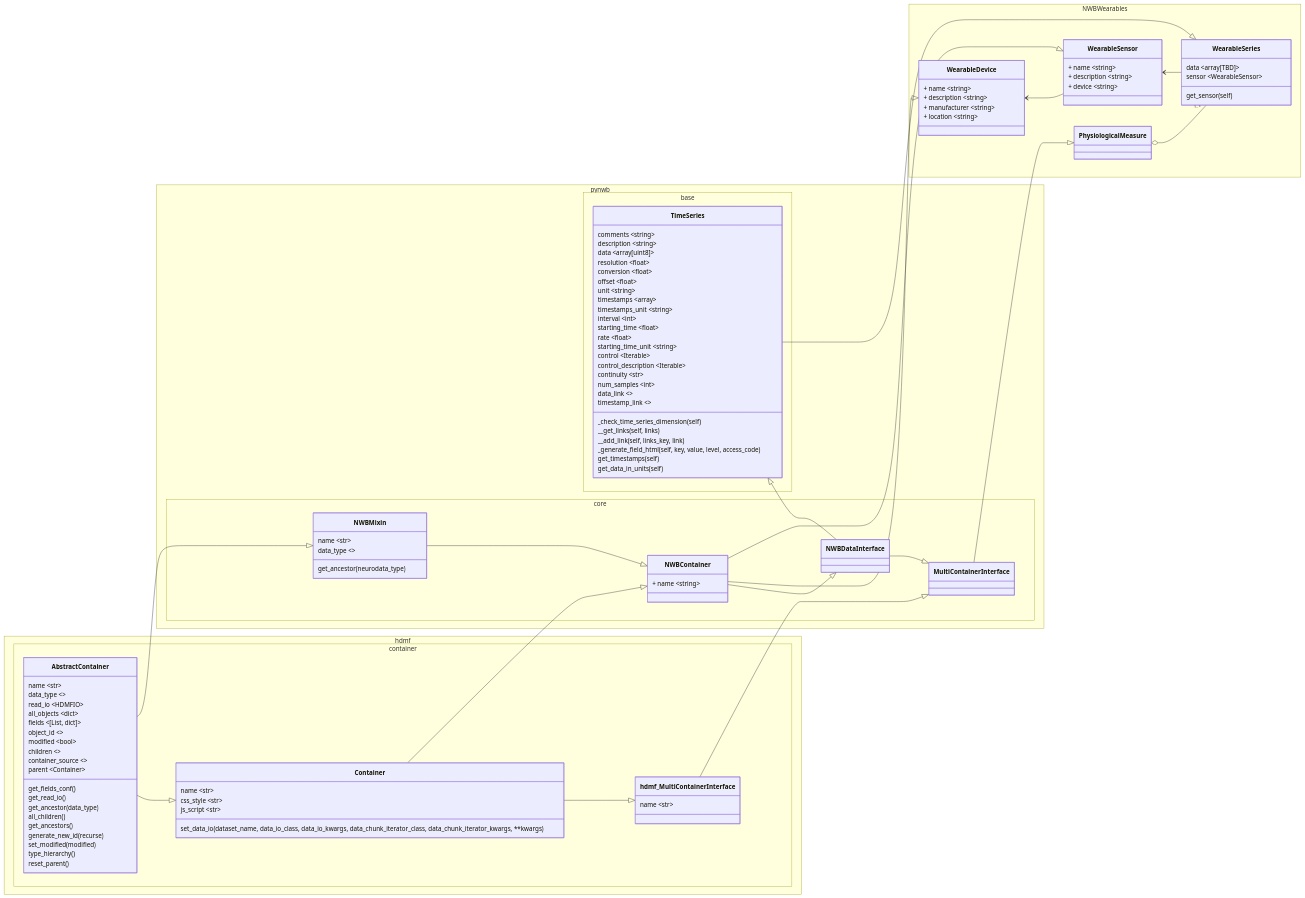
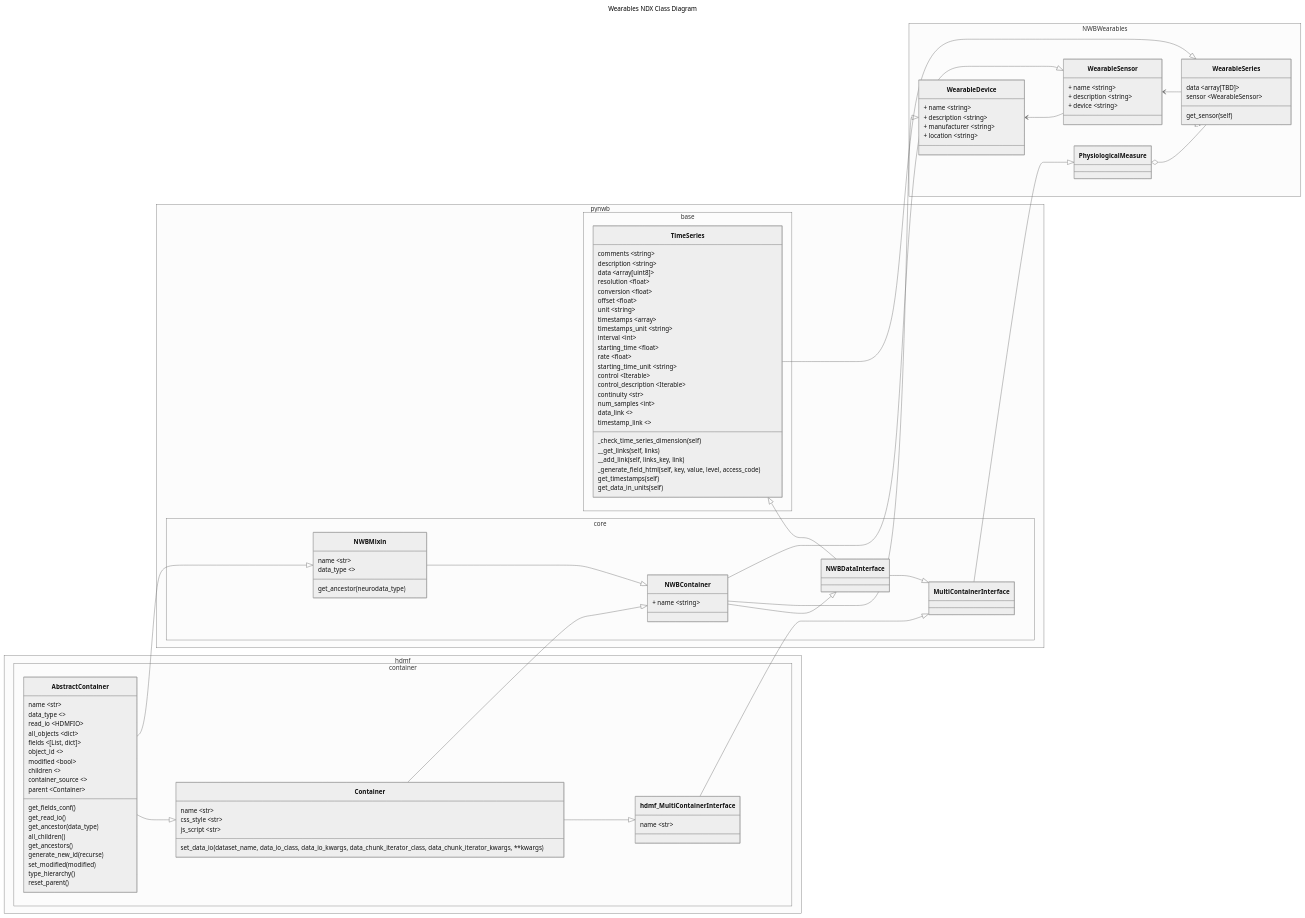
One commit to aplbrain/BBQS-EMBER-Data-Model changed the diagram in doc/design/wearables_ndx.mmd. Above: the diagram before and after it, drawn with Mermaid. The commit also changed other lines of this file, not shown here.

Commit message:
adjust theme to fit with dark mode

```diff
--- a/doc/design/wearables_ndx.mmd
+++ b/doc/design/wearables_ndx.mmd
@@ -1,141 +1,145 @@
-classDiagram
-    direction RL
+---
+title: Wearables NDX Class Diagram
+---
+%%{init: {'theme':'neutral'}}%%
+    classDiagram
+        direction RL
 
 
-    NWBDataInterface --|> TimeSeries
-    NWBDataInterface <|-- NWBContainer
-    WearableDevice <|-- NWBContainer
-    WearableSensor <|-- NWBContainer
-    WearableSeries <|-- TimeSeries
-    PhysiologicalMeasure <|-- MultiContainerInterface
-    MultiContainerInterface <|-- NWBDataInterface
-    MultiContainerInterface <|-- hdmf_MultiContainerInterface
-    hdmf_MultiContainerInterface <|-- Container
-    Container <|-- AbstractContainer
-    NWBContainer <|-- Container
-    NWBContainer <|-- NWBMixin 
-    NWBMixin <|-- AbstractContainer
+        NWBDataInterface --|> TimeSeries
+        NWBDataInterface <|-- NWBContainer
+        WearableDevice <|-- NWBContainer
+        WearableSensor <|-- NWBContainer
+        WearableSeries <|-- TimeSeries
+        PhysiologicalMeasure <|-- MultiContainerInterface
+        MultiContainerInterface <|-- NWBDataInterface
+        MultiContainerInterface <|-- hdmf_MultiContainerInterface
+        hdmf_MultiContainerInterface <|-- Container
+        Container <|-- AbstractContainer
+        NWBContainer <|-- Container
+        NWBContainer <|-- NWBMixin 
+        NWBMixin <|-- AbstractContainer
 
-    WearableSensor --> WearableDevice 
-    WearableSeries --> WearableSensor
-    WearableSeries "1..*" --o PhysiologicalMeasure
-  
-    namespace pynwb.base {
-        class TimeSeries {
-            comments ~string~
-            description ~string~
-            data ~array[uint8]~
-            resolution ~float~
-            conversion ~float~
-            offset ~float~
-            unit ~string~
-            timestamps ~array~
-            timestamps_unit ~string~
-            interval ~int~
-            starting_time ~float~
-            rate ~float~
-            starting_time_unit ~string~
-            control ~Iterable~
-            control_description ~Iterable~
-            continuity ~str~
-            num_samples ~int~
-            data_link ~~
-            timestamp_link ~~
+        WearableSensor --> WearableDevice 
+        WearableSeries --> WearableSensor
+        WearableSeries "1..*" --o PhysiologicalMeasure
+    
+        namespace pynwb.base {
+            class TimeSeries {
+                comments ~string~
+                description ~string~
+                data ~array[uint8]~
+                resolution ~float~
+                conversion ~float~
+                offset ~float~
+                unit ~string~
+                timestamps ~array~
+                timestamps_unit ~string~
+                interval ~int~
+                starting_time ~float~
+                rate ~float~
+                starting_time_unit ~string~
+                control ~Iterable~
+                control_description ~Iterable~
+                continuity ~str~
+                num_samples ~int~
+                data_link ~~
+                timestamp_link ~~
 
 
-            _check_time_series_dimension(self)
-            __get_links(self, links)
-            __add_link(self, links_key, link)
-            _generate_field_html(self, key, value, level, access_code)
-            get_timestamps(self)
-            get_data_in_units(self)
+                _check_time_series_dimension(self)
+                __get_links(self, links)
+                __add_link(self, links_key, link)
+                _generate_field_html(self, key, value, level, access_code)
+                get_timestamps(self)
+                get_data_in_units(self)
 
 
 
-        }
-    }
-
-    namespace pynwb.core {
-        class NWBDataInterface {
+            }
         }
 
-        class MultiContainerInterface {
-        }
+        namespace pynwb.core {
+            class NWBDataInterface {
+            }
 
-        class NWBContainer {
-            + name ~string~
-        }
+            class MultiContainerInterface {
+            }
 
-        class NWBMixin {
-            name ~str~
-            data_type ~~
+            class NWBContainer {
+                + name ~string~
+            }
 
-            get_ancestor(neurodata_type)
-        }
-    }
-    
-    namespace hdmf.container {
-        class hdmf_MultiContainerInterface {
-            name ~str~
-        }
+            class NWBMixin {
+                name ~str~
+                data_type ~~
 
-        class Container {
-            name ~str~
-            css_style ~str~
-            js_script ~str~
-
-            set_data_io(dataset_name, data_io_class, data_io_kwargs, data_chunk_iterator_class, data_chunk_iterator_kwargs, **kwargs)
-
+                get_ancestor(neurodata_type)
+            }
         }
         
-        class AbstractContainer {
-            name ~str~
-            data_type ~~
-            read_io ~HDMFIO~
-            all_objects ~dict~
-            fields ~[List, dict]~
-            object_id ~~
-            modified ~bool~
-            children ~~
-            container_source ~~
-            parent ~Container~
+        namespace hdmf.container {
+            class hdmf_MultiContainerInterface {
+                name ~str~
+            }
 
-            get_fields_conf()
-            get_read_io()
-            get_ancestor(data_type)
-            all_children()
-            get_ancestors()
-            generate_new_id(recurse)
-            set_modified(modified)
-            type_hierarchy()
-            reset_parent()
-        }
+            class Container {
+                name ~str~
+                css_style ~str~
+                js_script ~str~
 
-    }
+                set_data_io(dataset_name, data_io_class, data_io_kwargs, data_chunk_iterator_class, data_chunk_iterator_kwargs, **kwargs)
 
-    namespace NWBWearables {
-        class WearableDevice {
-            + name ~string~
-            + description ~string~
-            + manufacturer ~string~
-            + location ~string~
-        }
+            }
+            
+            class AbstractContainer {
+                name ~str~
+                data_type ~~
+                read_io ~HDMFIO~
+                all_objects ~dict~
+                fields ~[List, dict]~
+                object_id ~~
+                modified ~bool~
+                children ~~
+                container_source ~~
+                parent ~Container~
 
-        class WearableSensor {
-            + name ~string~
-            + description ~string~
-            + device ~string~
-        }
-
-        class WearableSeries {
-            data ~array[TBD]~
-            sensor ~WearableSensor~
-
-            get_sensor(self)
-        }
-
-        class PhysiologicalMeasure{
+                get_fields_conf()
+                get_read_io()
+                get_ancestor(data_type)
+                all_children()
+                get_ancestors()
+                generate_new_id(recurse)
+                set_modified(modified)
+                type_hierarchy()
+                reset_parent()
+            }
 
         }
 
-    }
+        namespace NWBWearables {
+            class WearableDevice {
+                + name ~string~
+                + description ~string~
+                + manufacturer ~string~
+                + location ~string~
+            }
+
+            class WearableSensor {
+                + name ~string~
+                + description ~string~
+                + device ~string~
+            }
+
+            class WearableSeries {
+                data ~array[TBD]~
+                sensor ~WearableSensor~
+
+                get_sensor(self)
+            }
+
+            class PhysiologicalMeasure{
+
+            }
+
+        }
```
